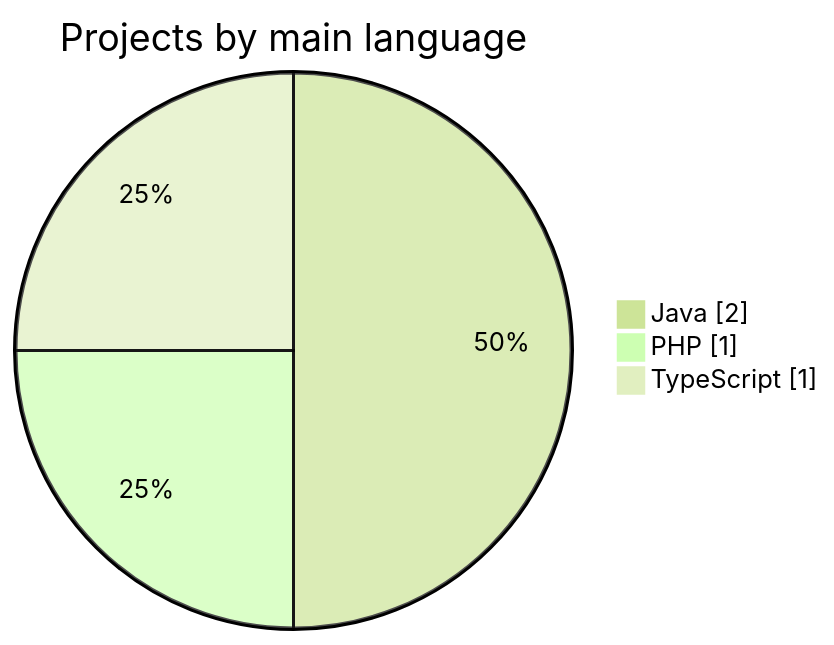
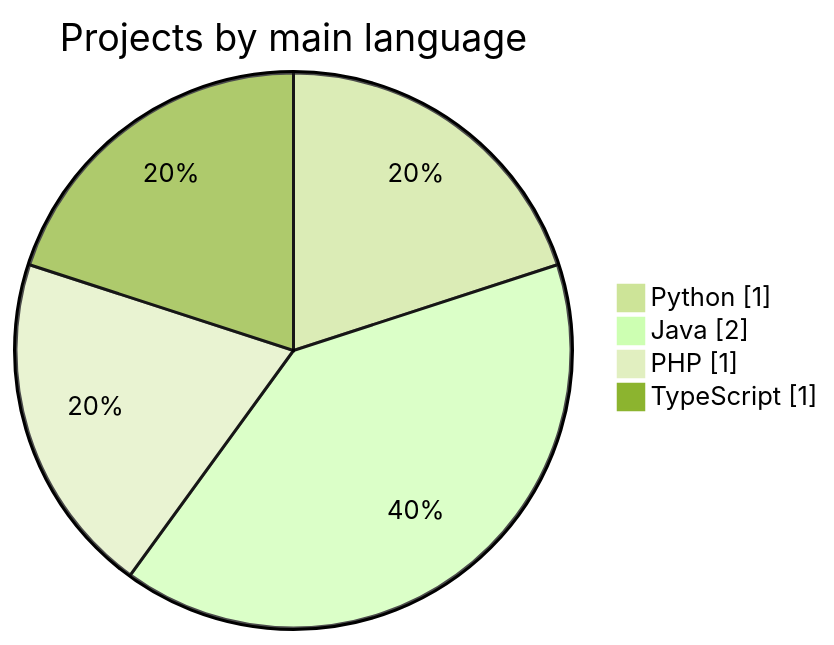
One commit to Isuru-CodeX/Isuru-CodeX changed the first of 2 diagrams in README.md. Above: the diagram before and after it, drawn with Mermaid (forest theme). The commit also changed other lines of this file, not shown here.

````diff
--- a/README.md
+++ b/README.md
@@ -146,6 +170,7 @@
 ```mermaid
 pie showData title Projects by main language
+    "Python" : 1
     "Java" : 2
     "PHP" : 1
     "TypeScript" : 1
 ```
````
